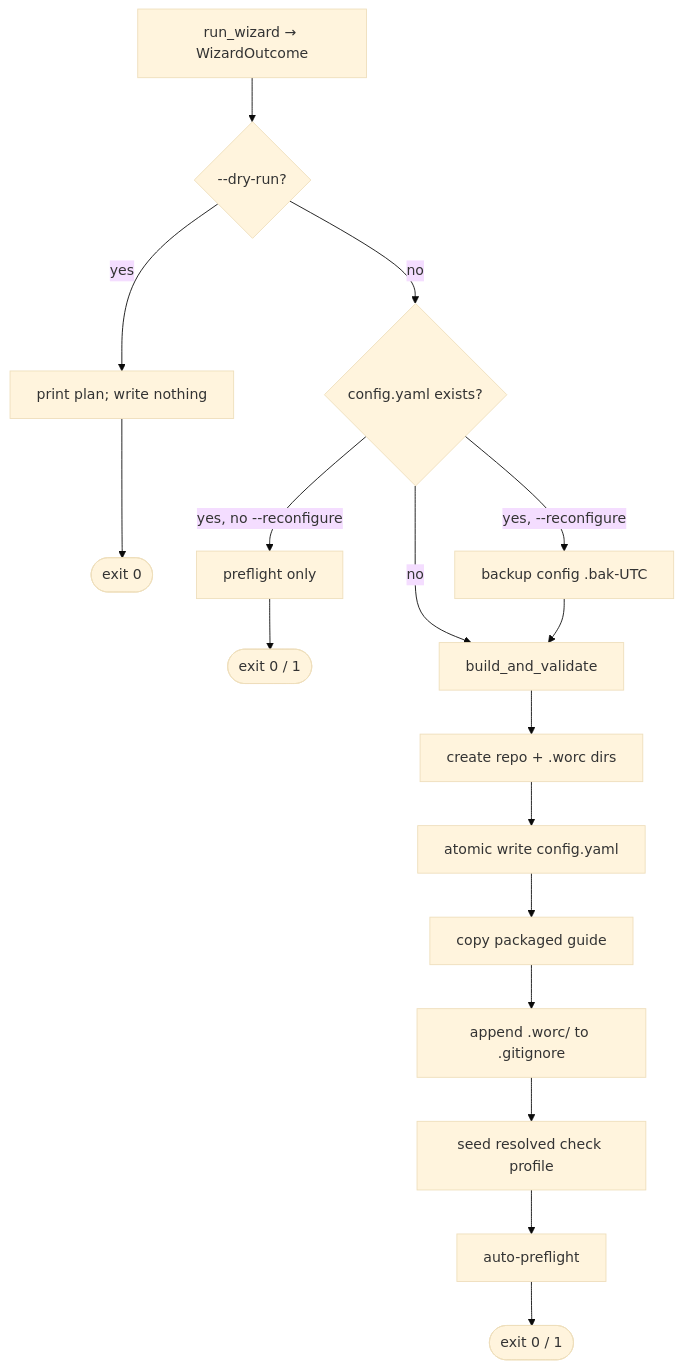
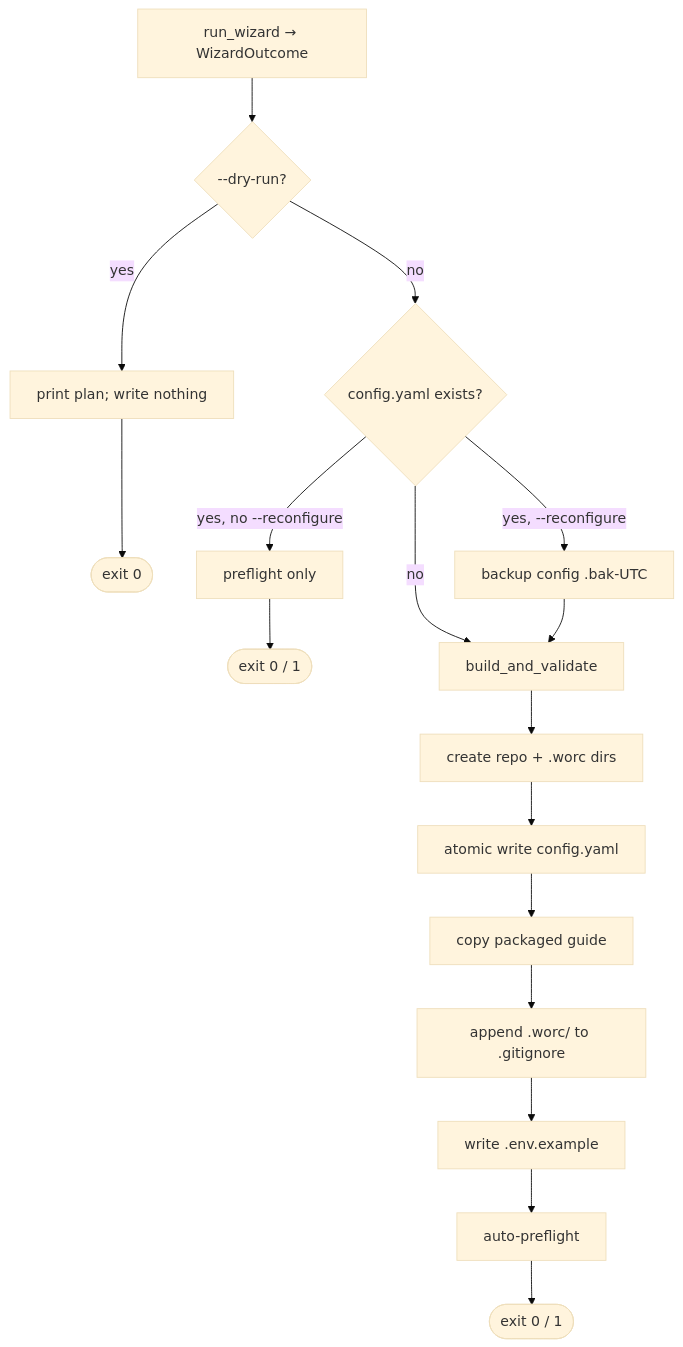
Before and after one commit to VladimirMakarevich/wastech-orchestrator: the diagram in docs/functional/blocks/B03-installer-and-scaffolding.md, drawn with Mermaid (base theme). The commit also changed other lines of this file and 92 other files, not shown here.

````diff
--- a/docs/functional/blocks/B03-installer-and-scaffolding.md
+++ b/docs/functional/blocks/B03-installer-and-scaffolding.md
@@ -58,17 +56,17 @@
 ```mermaid
 flowchart TD
   W[run_wizard → WizardOutcome] --> P{--dry-run?}
   P -- yes --> PLAN[print plan; write nothing] --> Z0([exit 0])
   P -- no --> E{config.yaml exists?}
   E -- "yes, no --reconfigure" --> PRE0[preflight only] --> ZP([exit 0 / 1])
   E -- "yes, --reconfigure" --> BAK[backup config .bak-UTC]
   E -- no --> BUILD
   BAK --> BUILD[build_and_validate]
   BUILD --> DIRS[create repo + .worc dirs]
   DIRS --> WRITE[atomic write config.yaml]
   WRITE --> GUIDE[copy packaged guide]
   GUIDE --> GI[append .worc/ to .gitignore]
-  GI --> SEED[seed resolved check profile]
-  SEED --> PRE[auto-preflight]
+  GI --> ENV[write .env.example]
+  ENV --> PRE[auto-preflight]
   PRE --> Z([exit 0 / 1])
 ```
````
